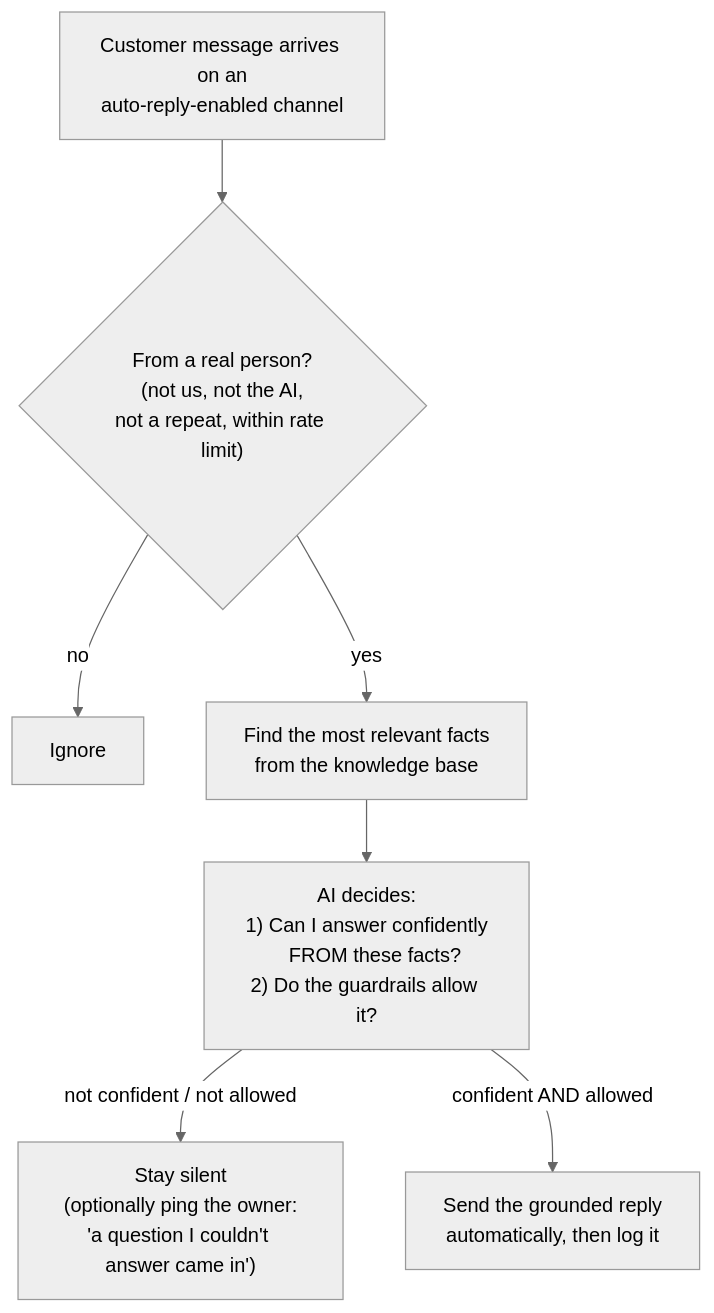
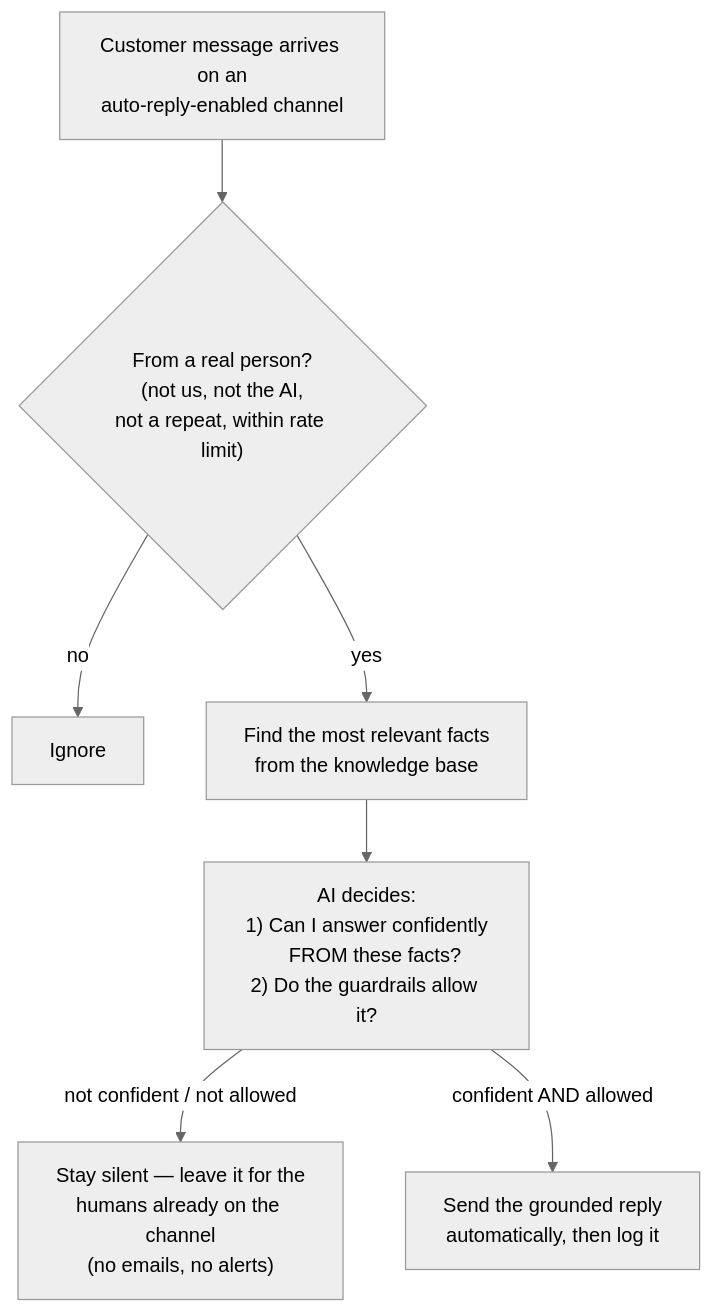
One commit to Abdullah-webd/relayflow changed the tenth of 11 diagrams in ARCHITECTURE.md. Above: the diagram before and after it, drawn with Mermaid (neutral theme). The commit also changed other lines of this file, not shown here.

Commit message:
docs: finalize auto-reply decisions — groups (no DM change), full-auto, silent when unsure (no owner alerts), all 4 channels (WhatsApp real-time first)

````diff
--- a/ARCHITECTURE.md
+++ b/ARCHITECTURE.md
@@ -298,9 +298,9 @@
 ```mermaid
 flowchart TD
   M["Customer message arrives on an<br/>auto-reply-enabled channel"] --> F{"From a real person?<br/>(not us, not the AI,<br/>not a repeat, within rate limit)"}
   F -- "no" --> X["Ignore"]
   F -- "yes" --> R["Find the most relevant facts<br/>from the knowledge base"]
   R --> J["AI decides:<br/>1) Can I answer confidently<br/>   FROM these facts?<br/>2) Do the guardrails allow it?"]
-  J -- "not confident / not allowed" --> Q["Stay silent<br/>(optionally ping the owner:<br/>'a question I couldn't answer came in')"]
+  J -- "not confident / not allowed" --> Q["Stay silent — leave it for the<br/>humans already on the channel<br/>(no emails, no alerts)"]
   J -- "confident AND allowed" --> A["Send the grounded reply<br/>automatically, then log it"]
 ```
````
